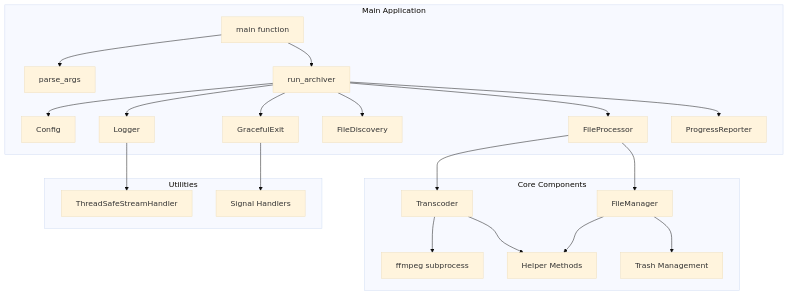
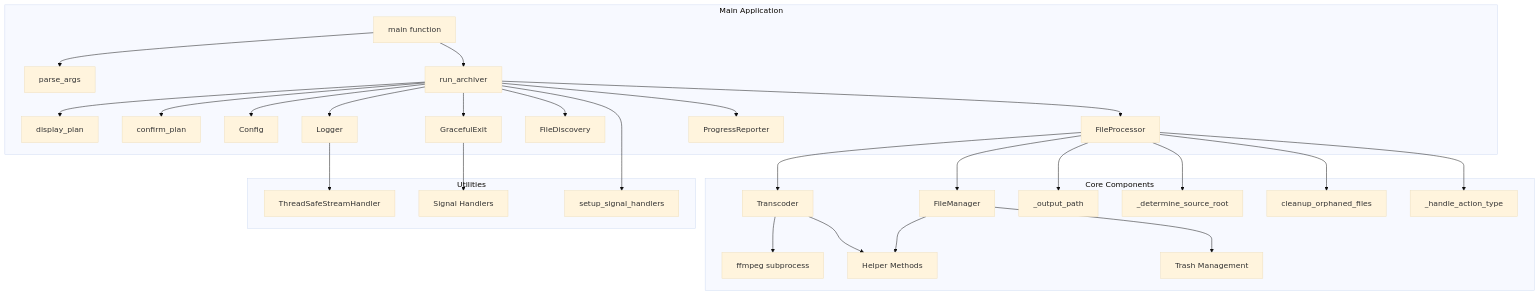
The first of 8 diagrams in DESIGN.md (WombatFromHell/reo-cam-archiver), drawn with Mermaid (base theme) before and after one commit. The commit also changed other lines of this file and 5 other files, not shown here.

````diff
--- a/DESIGN.md
+++ b/DESIGN.md
@@ -9,27 +9,34 @@
 ```mermaid
 graph TB
     subgraph "Main Application"
         main[main function] --> parse_args[parse_args]
         main --> run_archiver[run_archiver]
+        run_archiver --> display_plan[display_plan]
+        run_archiver --> confirm_plan[confirm_plan]
         run_archiver --> Config[Config]
         run_archiver --> Logger[Logger]
         run_archiver --> GracefulExit[GracefulExit]
         run_archiver --> FileDiscovery[FileDiscovery]
         run_archiver --> FileProcessor[FileProcessor]
         run_archiver --> ProgressReporter[ProgressReporter]
     end
 
     subgraph "Core Components"
         FileProcessor --> Transcoder[Transcoder]
         FileProcessor --> FileManager[FileManager]
+        FileProcessor --> output_path[_output_path]
+        FileProcessor --> determine_source[_determine_source_root]
+        FileProcessor --> cleanup_orphans[cleanup_orphaned_files]
+        FileProcessor --> handle_action[_handle_action_type]
         Transcoder --> ffmpeg[ffmpeg subprocess]
         Transcoder --> helpers[Helper Methods]
         FileManager --> trash[Trash Management]
         FileManager --> helpers[Helper Methods]
     end
 
     subgraph "Utilities"
         Logger --> ThreadSafeStreamHandler[ThreadSafeStreamHandler]
         GracefulExit --> signal_handlers[Signal Handlers]
+        run_archiver --> setup_signal_handlers[setup_signal_handlers]
     end
 ```
````
